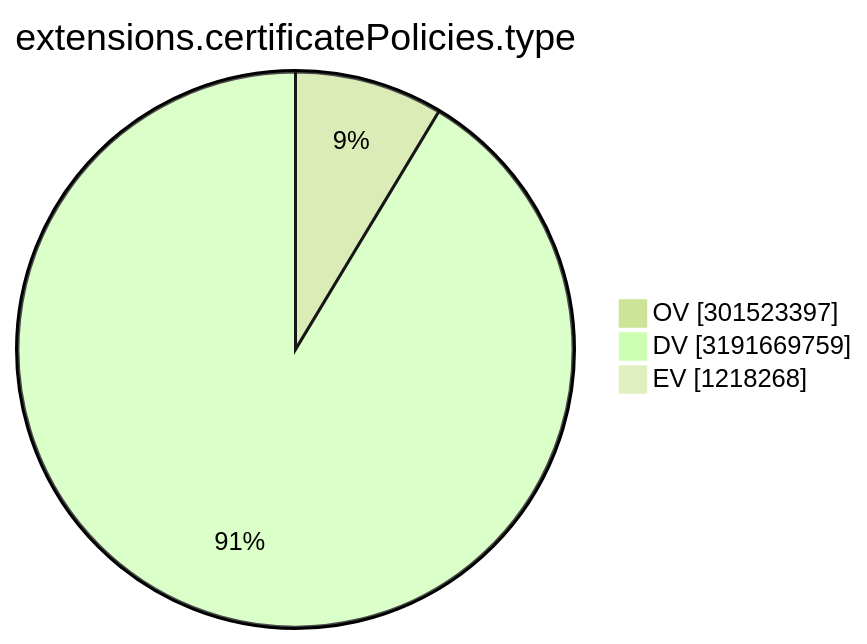
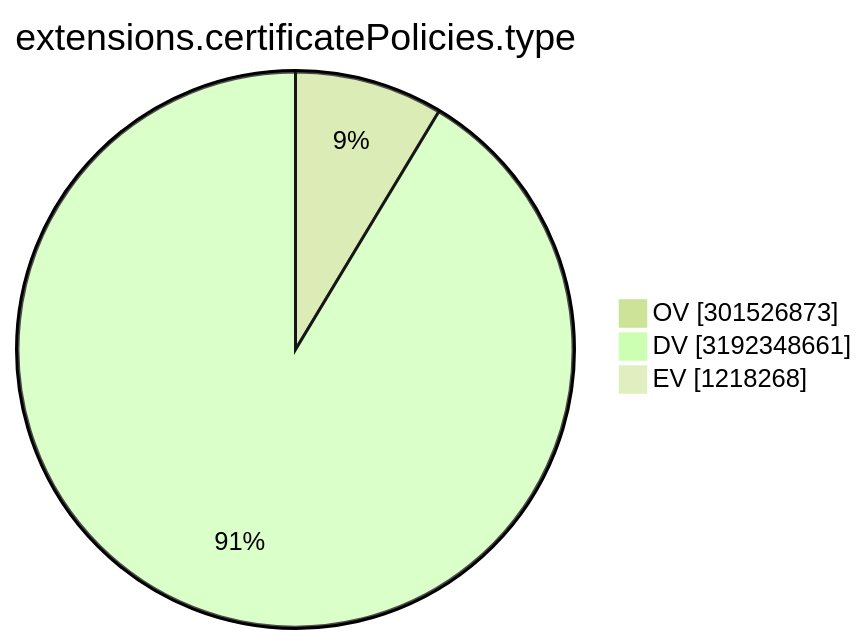
The ninth of 15 diagrams in TOTAL/README.md (christiankrug/ctmonitor_visualization), drawn with Mermaid (forest theme) before and after one commit. The commit also changed other lines of this file, not shown here.

````diff
--- a/TOTAL/README.md
+++ b/TOTAL/README.md
@@ -3106,7 +3106,7 @@
 ```mermaid
 pie showData
 title extensions.certificatePolicies.type
-"OV" :301523397
-"DV" :3191669759
+"OV" :301526873
+"DV" :3192348661
 "EV" :1218268
 ```
````
